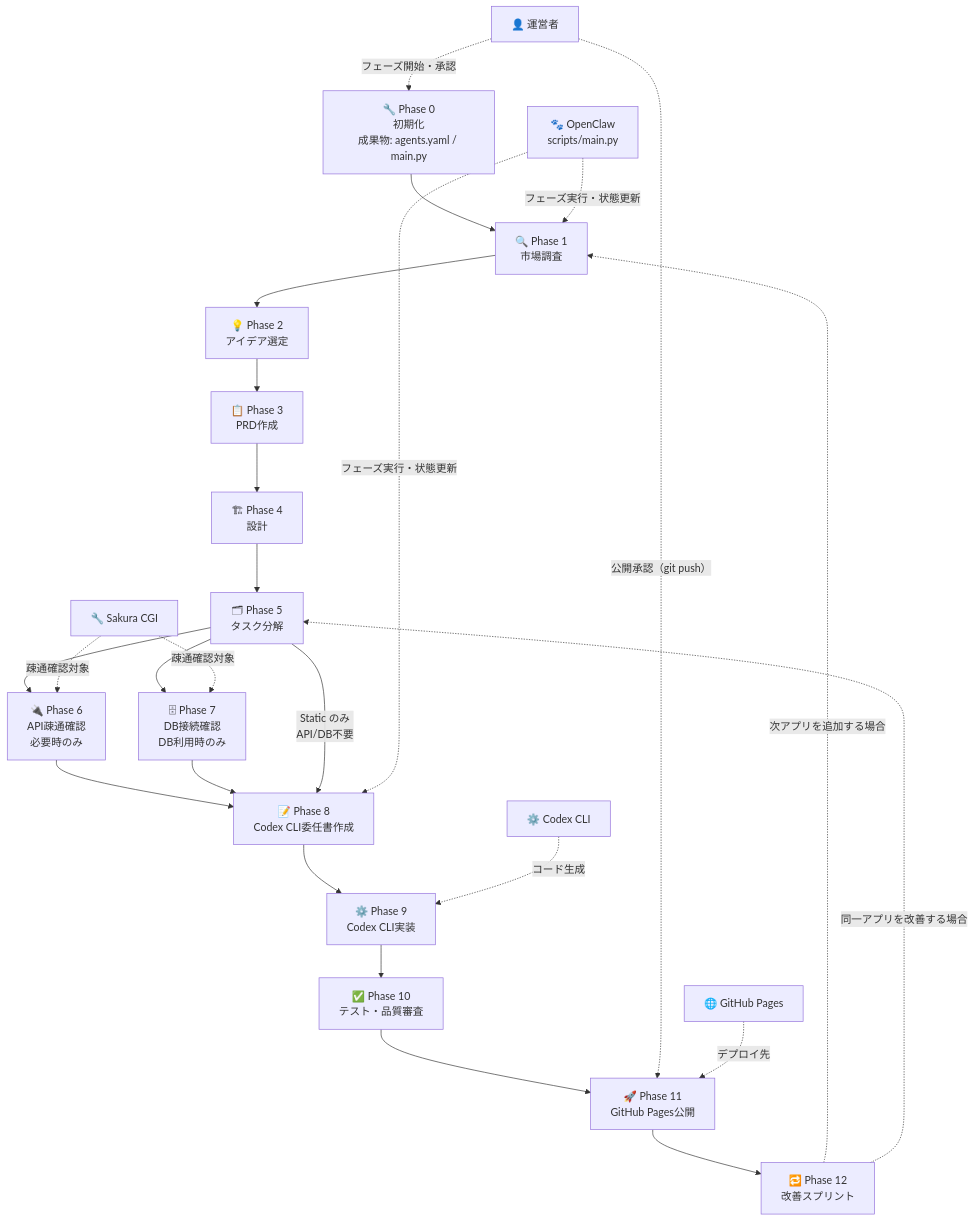
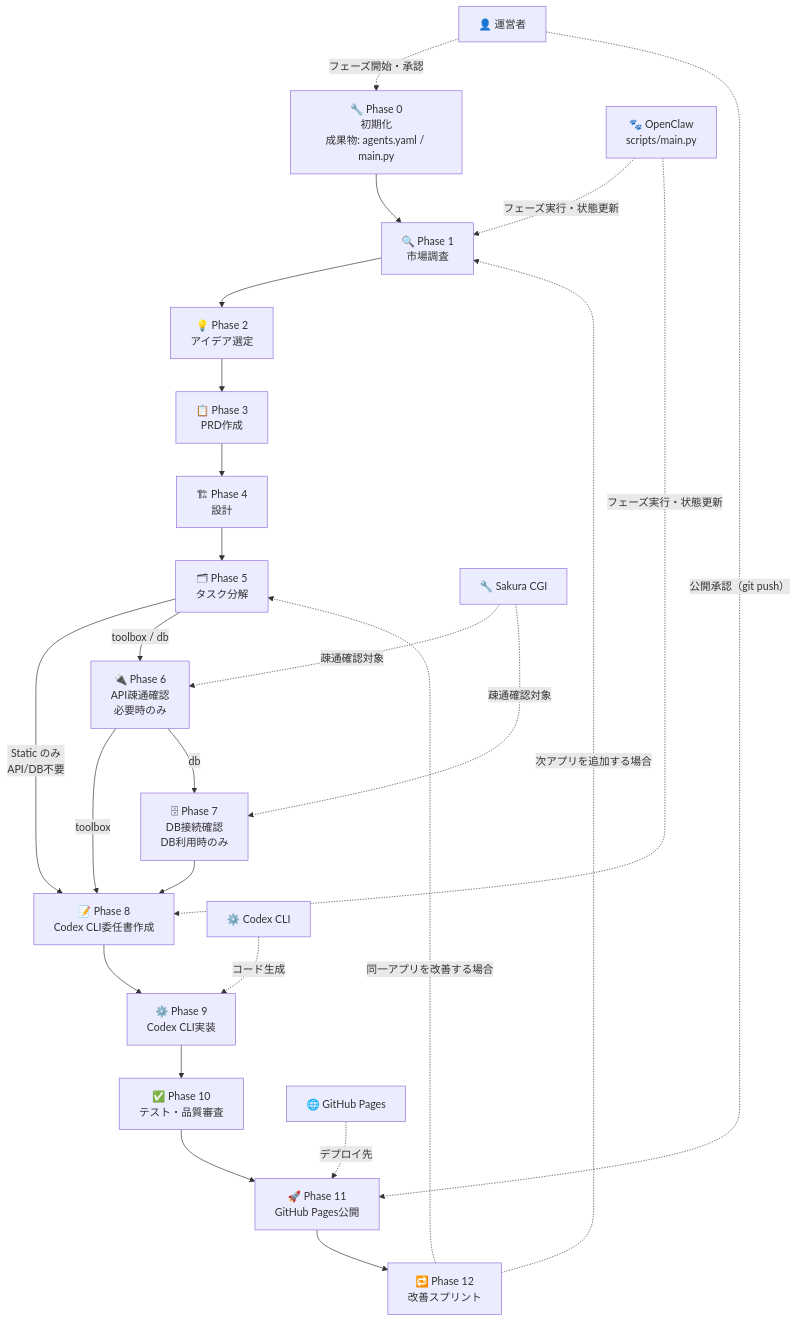
Before and after one commit to garyohosu/openclaw-app-company: the second of 5 diagrams in USECASE.md, drawn with Mermaid. The commit also changed other lines of this file and 2 other files, not shown here.

````diff
--- a/USECASE.md
+++ b/USECASE.md
@@ -105,44 +105,44 @@
 ```mermaid
 flowchart TD
     %% ── フェーズノード ──────────────────────────────
     P0["🔧 Phase 0\n初期化\n成果物: agents.yaml / main.py"]
     P1["🔍 Phase 1\n市場調査"]
     P2["💡 Phase 2\nアイデア選定"]
     P3["📋 Phase 3\nPRD作成"]
     P4["🏗 Phase 4\n設計"]
     P5["🗂 Phase 5\nタスク分解"]
     P6["🔌 Phase 6\nAPI疎通確認\n必要時のみ"]
     P7["🗄 Phase 7\nDB接続確認\nDB利用時のみ"]
     P8["📝 Phase 8\nCodex CLI委任書作成"]
     P9["⚙️ Phase 9\nCodex CLI実装"]
     P10["✅ Phase 10\nテスト・品質審査"]
     P11["🚀 Phase 11\nGitHub Pages公開"]
     P12["🔁 Phase 12\n改善スプリント"]
 
     %% ── 主フロー ────────────────────────────────────
     P0 --> P1 --> P2 --> P3 --> P4 --> P5
-    P5 --> P6
-    P5 --> P7
-    P6 --> P8
+    P5 -->|"Static のみ\nAPI/DB不要"| P8
+    P5 -->|"toolbox / db"| P6
+    P6 -->|"toolbox"| P8
+    P6 -->|"db"| P7
     P7 --> P8
-    P5 -->|"Static のみ\nAPI/DB不要"| P8
     P8 --> P9 --> P10 --> P11 --> P12
     P12 -. "次アプリを追加する場合" .-> P1
     P12 -. "同一アプリを改善する場合" .-> P5
 
     %% ── 担当アクター ─────────────────────────────────
     op["👤 運営者"]
     claw["🐾 OpenClaw\nscripts/main.py"]
     codex["⚙️ Codex CLI"]
     ghp["🌐 GitHub Pages"]
     sakura["🔧 Sakura CGI"]
 
     op -. "フェーズ開始・承認" .-> P0
     op -. "公開承認（git push）" .-> P11
     claw -. "フェーズ実行・状態更新" .-> P1
     claw -. "フェーズ実行・状態更新" .-> P8
     codex -. "コード生成" .-> P9
     sakura -. "疎通確認対象" .-> P6
     sakura -. "疎通確認対象" .-> P7
     ghp -. "デプロイ先" .-> P11
 ```
````
